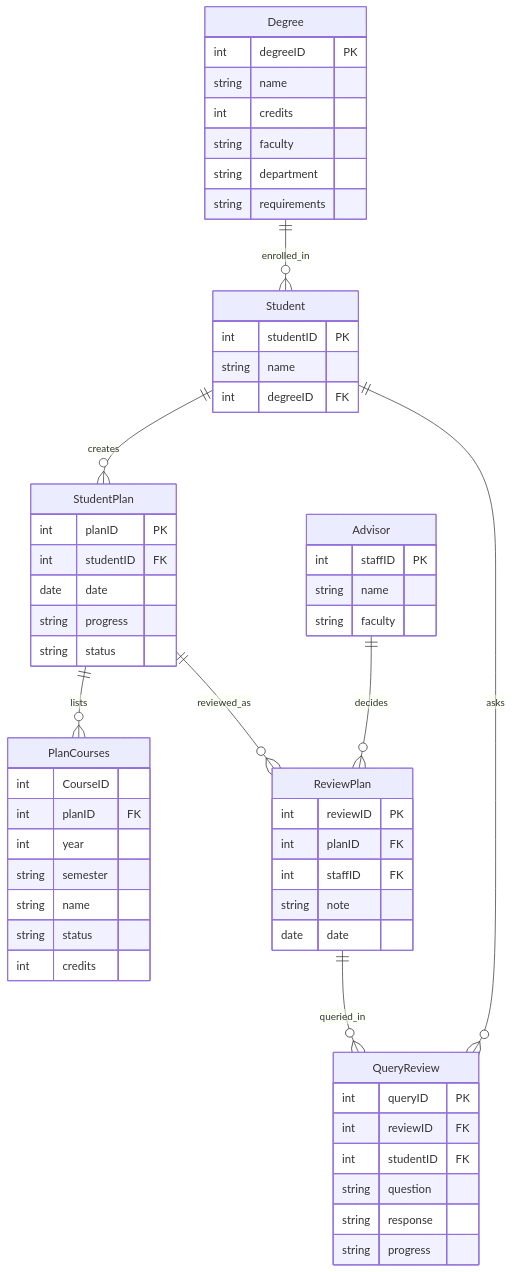
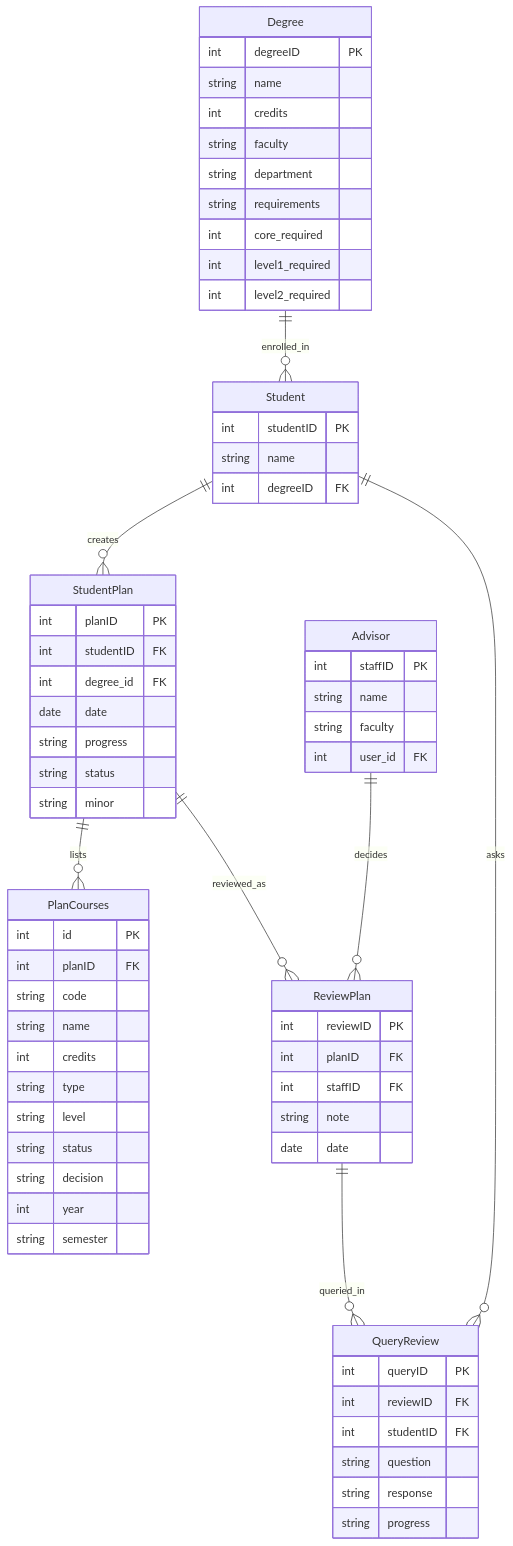
Before and after one commit to Phasert/comp3613a1: the diagram in docs/report.md, drawn with Mermaid. The commit also changed other lines of this file and 31 other files, not shown here.

````diff
--- a/docs/report.md
+++ b/docs/report.md
@@ -38,66 +48,76 @@
 ```mermaid
 erDiagram
   Degree ||--o{ Student : enrolled_in
   Student ||--o{ StudentPlan : creates
   StudentPlan ||--o{ PlanCourses : lists
   StudentPlan ||--o{ ReviewPlan : reviewed_as
   Advisor ||--o{ ReviewPlan : decides
   ReviewPlan ||--o{ QueryReview : queried_in
   Student ||--o{ QueryReview : asks
 
   Degree {
     int degreeID PK
     string name
     int credits
     string faculty
     string department
     string requirements
+    int core_required
+    int level1_required
+    int level2_required
   }
 
   Student {
     int studentID PK
     string name
     int degreeID FK
   }
 
   Advisor {
     int staffID PK
     string name
     string faculty
+    int user_id FK
   }
 
   StudentPlan {
     int planID PK
     int studentID FK
+    int degree_id FK
     date date
     string progress
     string status
+    string minor
   }
 
   PlanCourses {
-    int CourseID
+    int id PK
     int planID FK
+    string code
+    string name
+    int credits
+    string type
+    string level
+    string status
+    string decision
     int year
     string semester
-    string name
-    string status
-    int credits
   }
 
   ReviewPlan {
     int reviewID PK
     int planID FK
     int staffID FK
     string note
     date date
   }
 
   QueryReview {
     int queryID PK
     int reviewID FK
     int studentID FK
     string question
     string response
     string progress
   }
 ```
````
